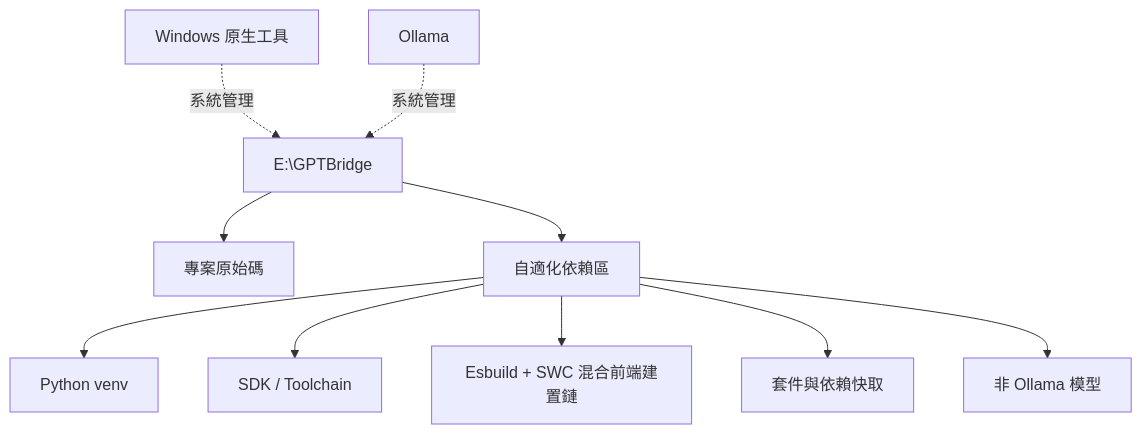
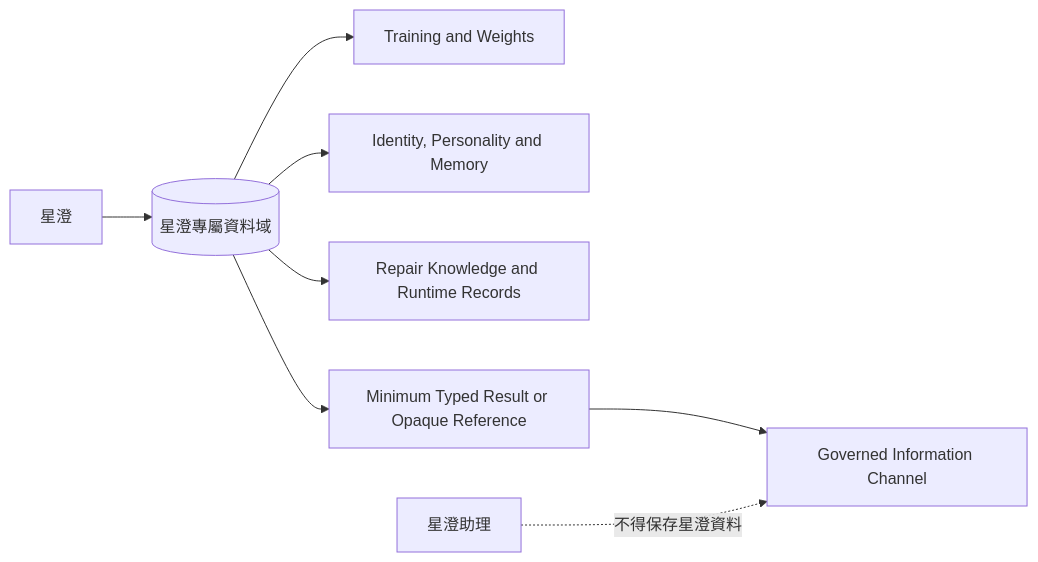
Before and after one commit to guilty442-source/GPTBridge: the ninth of 9 diagrams in governance_rule/codex/architecture-project.md, drawn with Mermaid. The commit also changed other lines of this file and 14 other files, not shown here.

Commit message:
codex sync 15:00:49Z: zh-TW mirror parts + architecture docs refreshed; formal rule evaluator codes renamed to canonical (_V1 suffix dropped; GO_RUST_NODE->GO_RUST_RUNTIME, JAX_PYTORCH->JAX_FRAMEWORK); release-dependencies pin

````diff
--- a/governance_rule/codex/architecture-project.md
+++ b/governance_rule/codex/architecture-project.md
@@ -377,13 +163,10 @@
 ```mermaid
-flowchart TB
-  ROOT[E:\GPTBridge]
-  ROOT --> SRC[專案原始碼]
-  ROOT --> ADAPT[自適化依賴區]
-  ADAPT --> VENV[Python venv]
-  ADAPT --> SDK[SDK / Toolchain]
-  ADAPT --> WEBBUILD[Esbuild + SWC 混合前端建置鏈]
-  ADAPT --> CACHE[套件與依賴快取]
-  ADAPT --> MODELS[非 Ollama 模型]
-  WIN[Windows 原生工具] -.系統管理.-> ROOT
-  OLLAMA[Ollama] -.系統管理.-> ROOT
+flowchart LR
+  XC[星澄] --> XDATA[(星澄專屬資料域)]
+  XDATA --> TRAIN[Training and Weights]
+  XDATA --> MEMORY[Identity, Personality and Memory]
+  XDATA --> REPAIR[Repair Knowledge and Runtime Records]
+  XDATA --> OUT[Minimum Typed Result or Opaque Reference]
+  OUT --> INFO[Governed Information Channel]
+  XA[星澄助理] -.不得保存星澄資料.-> INFO
 ```
````
